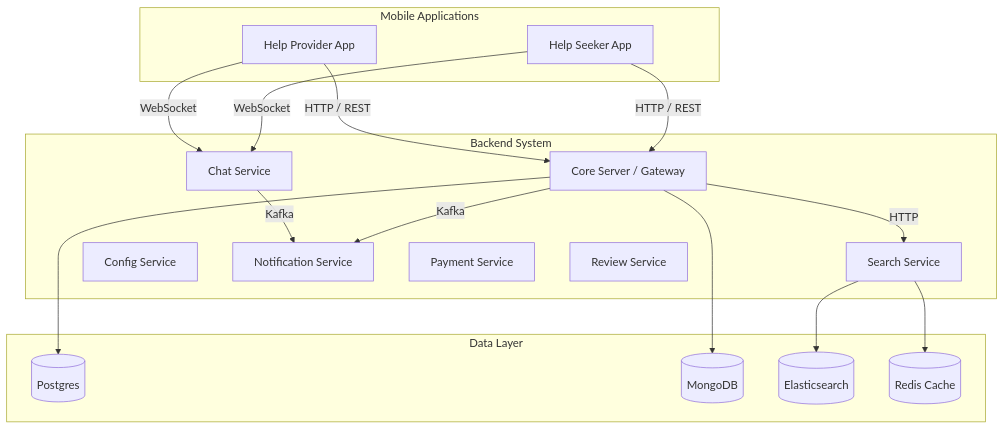
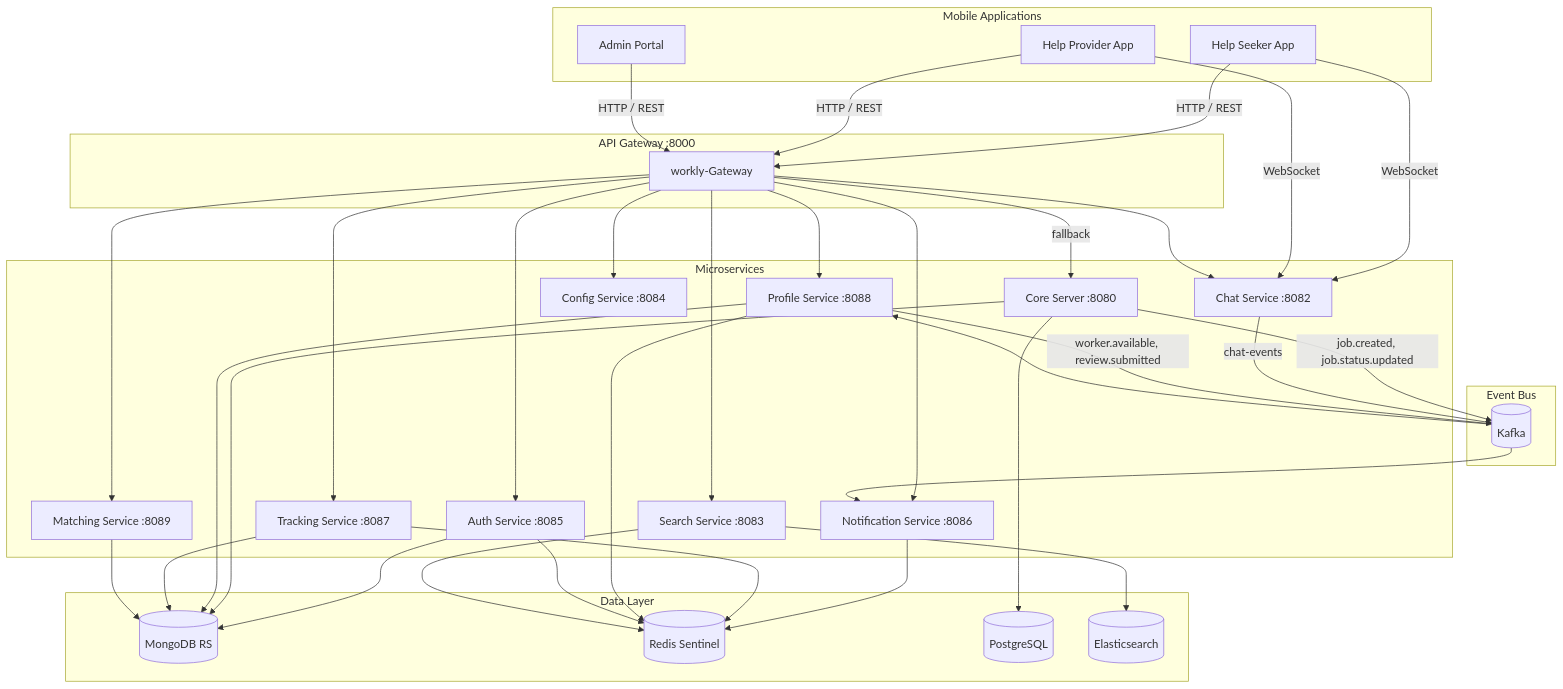
One commit to varunjain1009/workly changed the first of 7 diagrams in ARCHITECTURE.md. Above: the diagram before and after it, drawn with Mermaid. The commit also changed other lines of this file and 1 other file, not shown here.

Commit message:
docs(scale): update architecture for full microservice decomposition
- README: updated project structure table with all 10 services and
  their ports; updated microservices mode startup commands to include
  all new services
- ARCHITECTURE.md: replaced outdated monolith diagram with full
  microservice topology (Gateway, Auth, Notification, Tracking, Profile,
  Matching, Chat, Search, Config, Core); added service responsibility
  table

````diff
--- a/ARCHITECTURE.md
+++ b/ARCHITECTURE.md
@@ -7,36 +7,61 @@
 ```mermaid
 graph TD
     subgraph Clients [Mobile Applications]
         ClientS[Help Seeker App]
         ClientP[Help Provider App]
+        Admin[Admin Portal]
     end
 
-    subgraph Backend [Backend System]
-        API[Core Server / Gateway]
-        Chat[Chat Service]
-        Search[Search Service]
-        Config[Config Service]
-        Consumer[Notification Service]
-        
-        %% Upcoming
-        Payment[Payment Service]
-        Review[Review Service]
+    subgraph Gateway [API Gateway :8000]
+        GW[workly-Gateway]
     end
 
-    ClientS -->|HTTP / REST| API
-    ClientP -->|HTTP / REST| API
-    
-    ClientS -->|WebSocket| Chat
-    ClientP -->|WebSocket| Chat
-    
-    API -->|HTTP| Search
-    API -->|Kafka| Consumer
-    Chat -->|Kafka| Consumer
-    
+    subgraph Services [Microservices]
+        Auth[Auth Service :8085]
+        Notif[Notification Service :8086]
+        Track[Tracking Service :8087]
+        Profile[Profile Service :8088]
+        Match[Matching Service :8089]
+        Core[Core Server :8080]
+        Chat[Chat Service :8082]
+        Search[Search Service :8083]
+        Config[Config Service :8084]
+    end
+
+    subgraph Messaging [Event Bus]
+        Kafka[(Kafka)]
+    end
+
     subgraph Storage [Data Layer]
-        API --> Postgres[(Postgres)]
-        API --> Mongo[(MongoDB)]
-        Search --> Elastic[(Elasticsearch)]
-        Search --> Redis[(Redis Cache)]
+        Mongo[(MongoDB RS)]
+        Redis[(Redis Sentinel)]
+        Postgres[(PostgreSQL)]
+        Elastic[(Elasticsearch)]
     end
+
+    ClientS & ClientP & Admin -->|HTTP / REST| GW
+    ClientS & ClientP -->|WebSocket| Chat
+
+    GW --> Auth
+    GW --> Notif
+    GW --> Track
+    GW --> Profile
+    GW --> Match
+    GW --> Chat
+    GW --> Search
+    GW --> Config
+    GW -->|fallback| Core
+
+    Core -->|job.created, job.status.updated| Kafka
+    Chat -->|chat-events| Kafka
+    Profile -->|worker.available, review.submitted| Kafka
+    Kafka --> Notif
+    Kafka --> Profile
+
+    Auth & Core & Profile & Track & Match --> Mongo
+    Notif & Track --> Redis
+    Profile & Auth --> Redis
+    Core --> Postgres
+    Search --> Elastic
+    Search --> Redis
 ```
````
